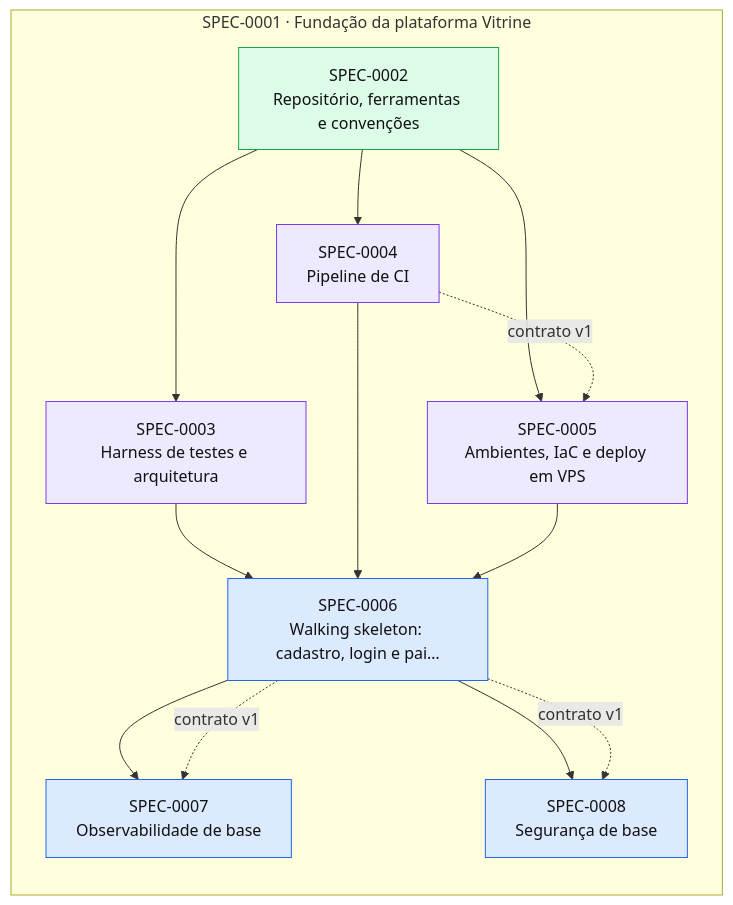
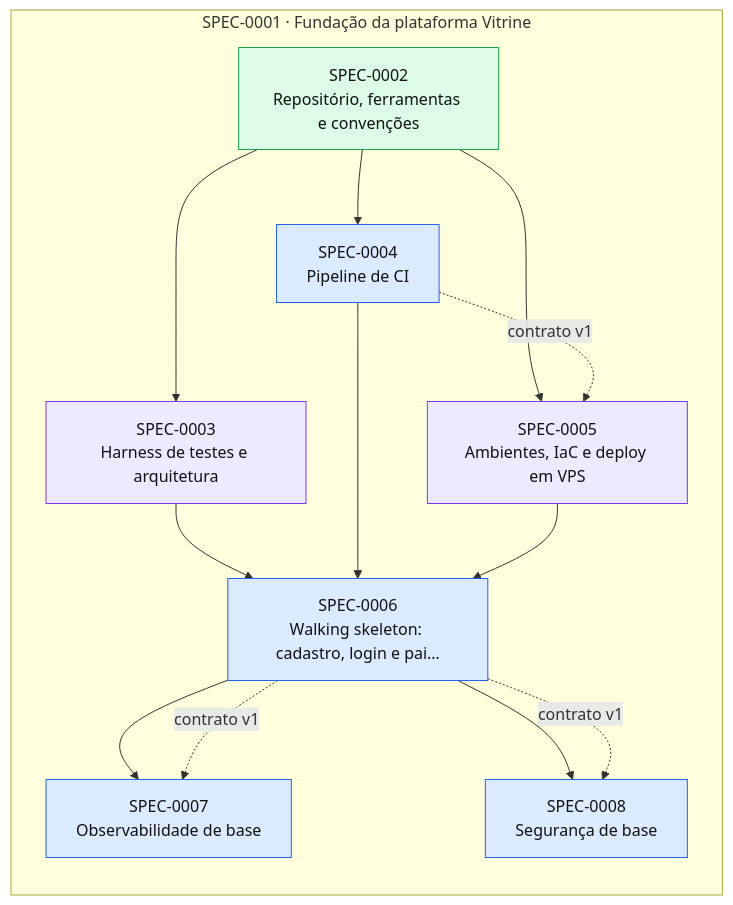
One commit to thomasravache/vitrine changed the diagram in docs/specs/INDEX.md. Above: the diagram before and after it, drawn with Mermaid. The commit also changed other lines of this file and 2 other files, not shown here.

First line of the commit message:
docs(specs): corrige touches das SPEC-0003/0004 para os nomes reais dos projetos

````diff
--- a/docs/specs/INDEX.md
+++ b/docs/specs/INDEX.md
@@ -61,28 +61,28 @@
 ```mermaid
 flowchart LR
   subgraph E0001["SPEC-0001 · Fundação da plataforma Vitrine"]
     S0002["SPEC-0002<br/>Repositório, ferramentas e convenções"]:::implemented
     S0003["SPEC-0003<br/>Harness de testes e arquitetura"]:::inprogress
-    S0004["SPEC-0004<br/>Pipeline de CI"]:::inprogress
+    S0004["SPEC-0004<br/>Pipeline de CI"]:::approved
     S0005["SPEC-0005<br/>Ambientes, IaC e deploy em VPS"]:::inprogress
     S0006["SPEC-0006<br/>Walking skeleton: cadastro, login e pai…"]:::approved
     S0007["SPEC-0007<br/>Observabilidade de base"]:::approved
     S0008["SPEC-0008<br/>Segurança de base"]:::approved
   end
   S0002 --> S0003
   S0002 --> S0004
   S0002 --> S0005
   S0004 -. contrato v1 .-> S0005
   S0003 --> S0006
   S0004 --> S0006
   S0005 --> S0006
   S0006 --> S0007
   S0006 -. contrato v1 .-> S0007
   S0006 --> S0008
   S0006 -. contrato v1 .-> S0008
   classDef proposed fill:#fef3c7,stroke:#d97706,color:#111
   classDef approved fill:#dbeafe,stroke:#2563eb,color:#111
   classDef inprogress fill:#ede9fe,stroke:#7c3aed,color:#111
   classDef implemented fill:#dcfce7,stroke:#16a34a,color:#111
   classDef deprecated fill:#f3f4f6,stroke:#9ca3af,color:#6b7280
 ```
````
